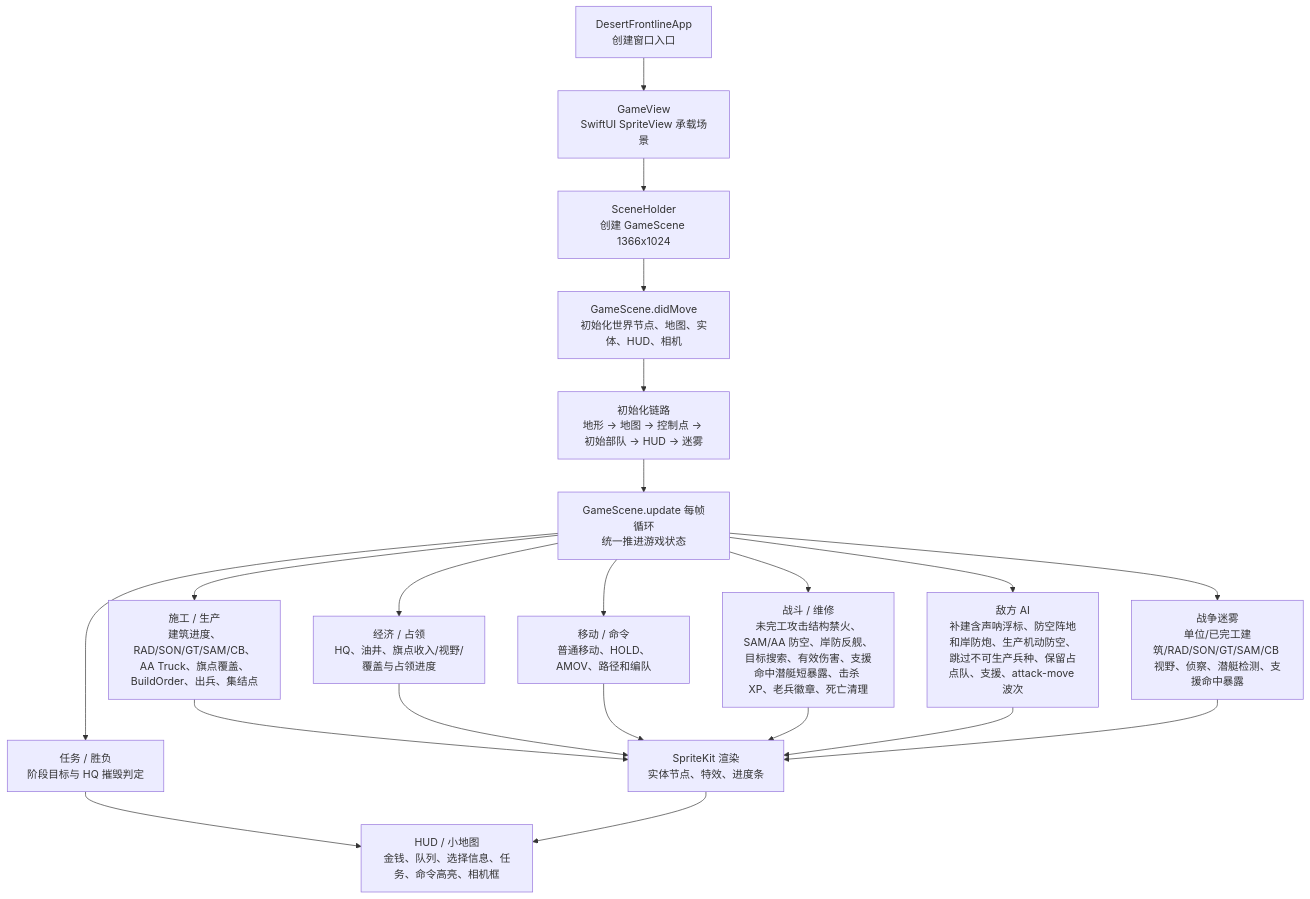
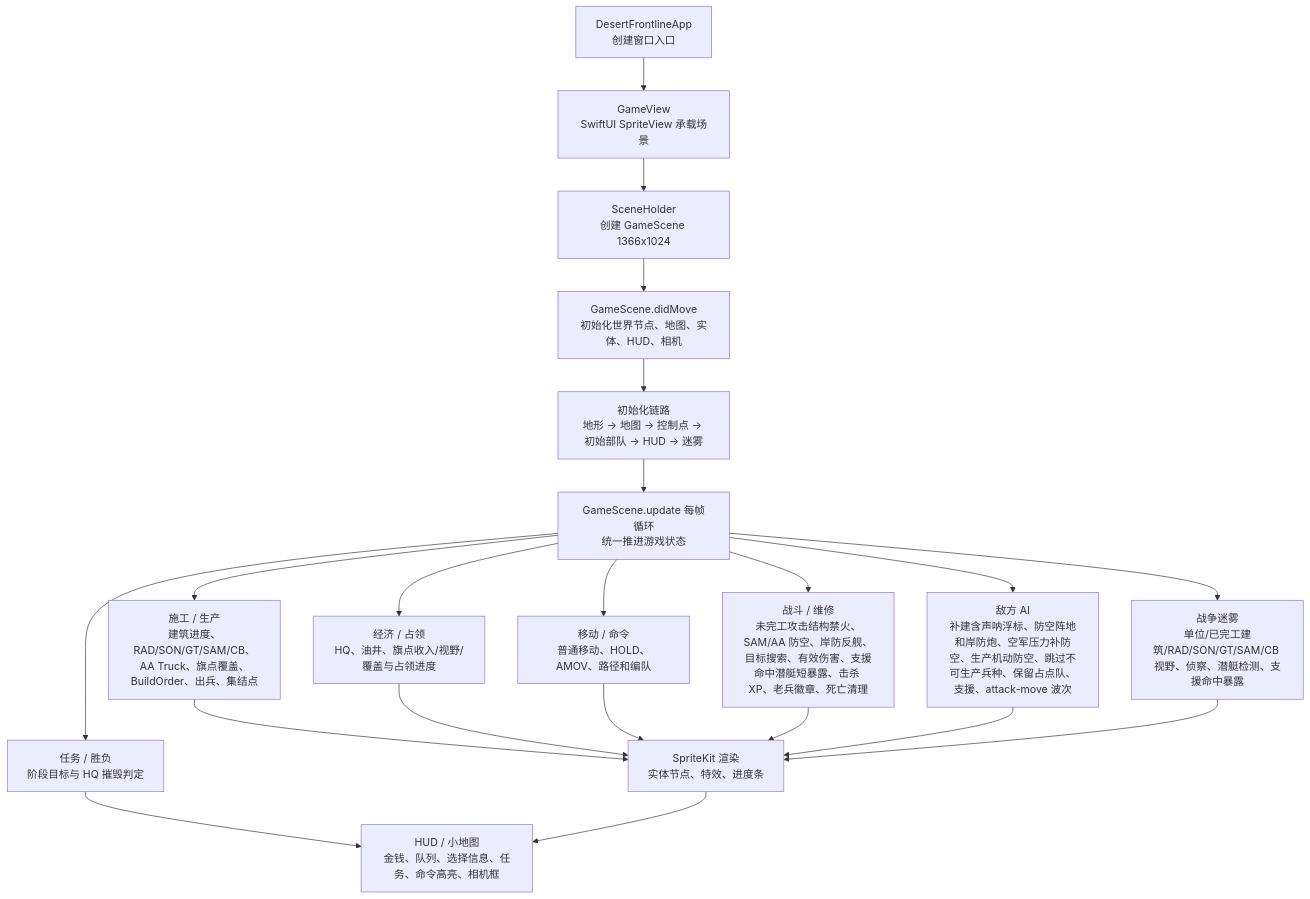
One commit to Altman-sam114/1145 changed the first of 3 diagrams in md/flow/flowchart.md. Above: the diagram before and after it, drawn with Mermaid. The commit also changed 4 other files, not shown here.

````diff
--- a/md/flow/flowchart.md
+++ b/md/flow/flowchart.md
@@ -9,23 +9,23 @@
 ```mermaid
 flowchart TD
   App["DesertFrontlineApp\n创建窗口入口"] --> View["GameView\nSwiftUI SpriteView 承载场景"]
   View --> Holder["SceneHolder\n创建 GameScene 1366x1024"]
   Holder --> Scene["GameScene.didMove\n初始化世界节点、地图、实体、HUD、相机"]
   Scene --> Init["初始化链路\n地形 -> 地图 -> 控制点 -> 初始部队 -> HUD -> 迷雾"]
   Init --> Loop["GameScene.update 每帧循环\n统一推进游戏状态"]
   Loop --> Build["施工 / 生产\n建筑进度、RAD/SON/GT/SAM/CB、AA Truck、旗点覆盖、BuildOrder、出兵、集结点"]
   Loop --> Economy["经济 / 占领\nHQ、油井、旗点收入/视野/覆盖与占领进度"]
   Loop --> Commands["移动 / 命令\n普通移动、HOLD、AMOV、路径和编队"]
   Loop --> Combat["战斗 / 维修\n未完工攻击结构禁火、SAM/AA 防空、岸防反舰、目标搜索、有效伤害、支援命中潜艇短暴露、击杀 XP、老兵徽章、死亡清理"]
-  Loop --> AI["敌方 AI\n补建含声呐浮标、防空阵地和岸防炮、生产机动防空、跳过不可生产兵种、保留占点队、支援、attack-move 波次"]
+  Loop --> AI["敌方 AI\n补建含声呐浮标、防空阵地和岸防炮、空军压力补防空、生产机动防空、跳过不可生产兵种、保留占点队、支援、attack-move 波次"]
   Loop --> Fog["战争迷雾\n单位/已完工建筑/RAD/SON/GT/SAM/CB 视野、侦察、潜艇检测、支援命中暴露"]
   Loop --> Mission["任务 / 胜负\n阶段目标与 HQ 摧毁判定"]
   Build --> Render["SpriteKit 渲染\n实体节点、特效、进度条"]
   Economy --> Render
   Commands --> Render
   Combat --> Render
   AI --> Render
   Fog --> Render
   Mission --> HUD["HUD / 小地图\n金钱、队列、选择信息、任务、命令高亮、相机框"]
   Render --> HUD
 ```
````
